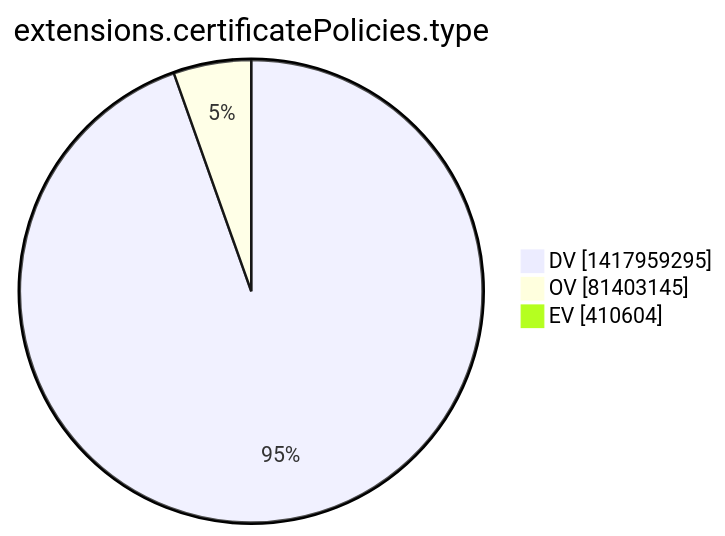
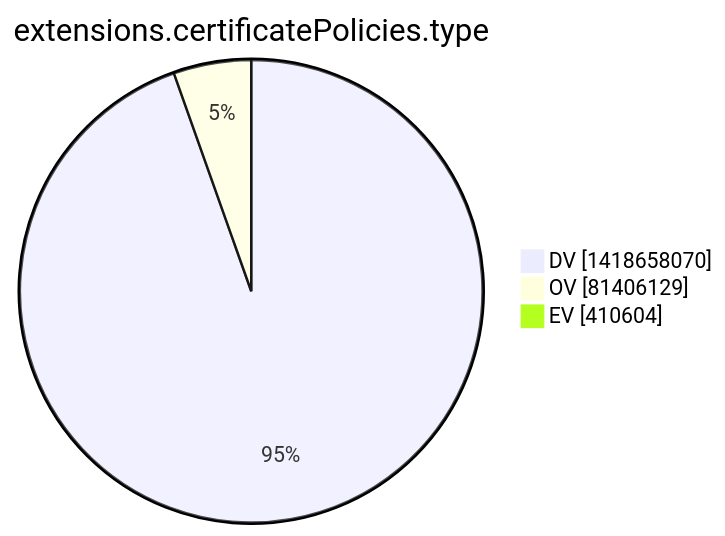
Before and after one commit to christiankrug/ctmonitor_visualization: the tenth of 15 diagrams in xenon2022/README.md, drawn with Mermaid. The commit also changed other lines of this file, not shown here.

````diff
--- a/xenon2022/README.md
+++ b/xenon2022/README.md
@@ -2865,7 +2865,7 @@
 ```mermaid
 pie showData
 title extensions.certificatePolicies.type
-"DV" :1417959295
-"OV" :81403145
+"DV" :1418658070
+"OV" :81406129
 "EV" :410604
 ```
````
